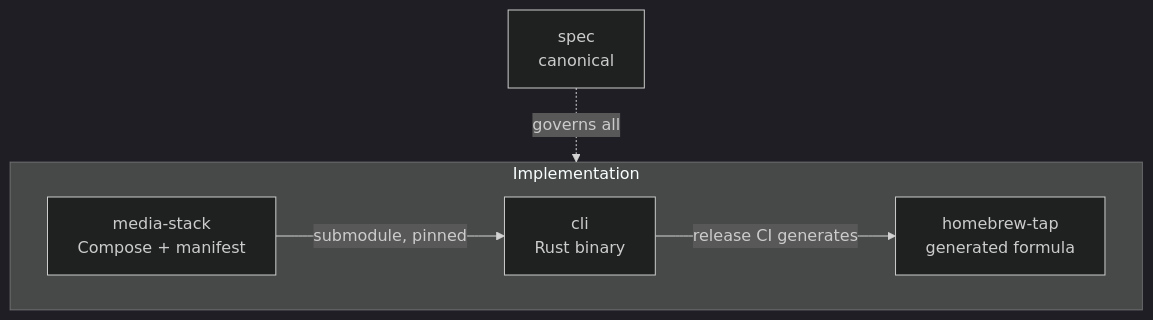
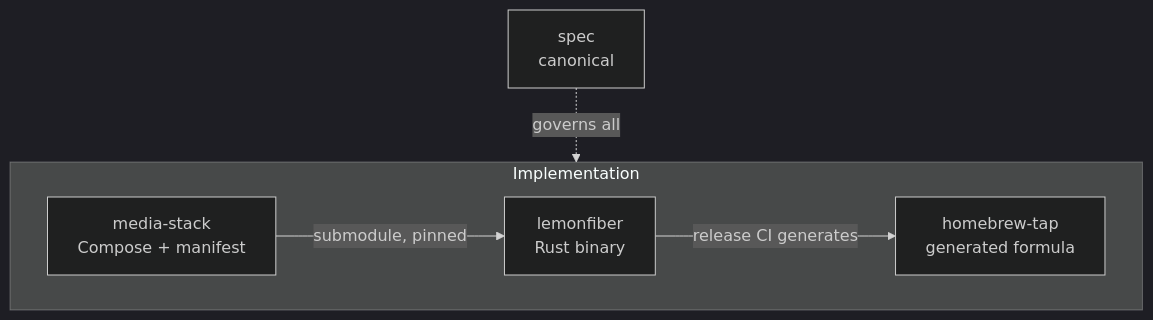
Before and after one commit to lemonfiber/spec: the diagram in 30-repos/README.md, drawn with Mermaid (dark theme). The commit also changed other lines of this file and 28 other files, not shown here.

First line of the commit message:
Rename the cli repo to lemonfiber (the namesake app)

````diff
--- a/30-repos/README.md
+++ b/30-repos/README.md
@@ -13,14 +13,14 @@
 ```mermaid
 flowchart TD
     spec[spec<br/>canonical]
 
     subgraph impl[Implementation]
-        cli[cli<br/>Rust binary]
+        lemonfiber[lemonfiber<br/>Rust binary]
         stack[media-stack<br/>Compose + manifest]
         tap[homebrew-tap<br/>generated formula]
     end
 
-    stack -->|submodule, pinned| cli
-    cli -->|release CI generates| tap
+    stack -->|submodule, pinned| lemonfiber
+    lemonfiber -->|release CI generates| tap
     spec -.->|governs all| impl
 ```
````
